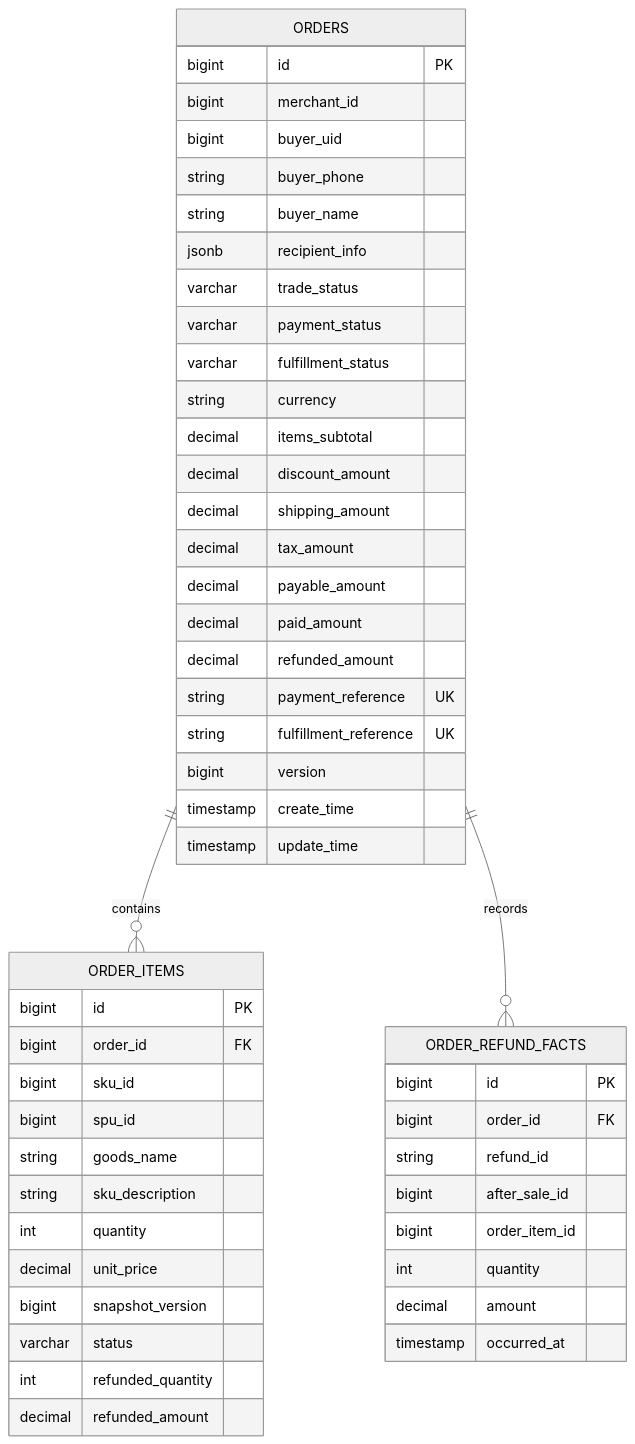
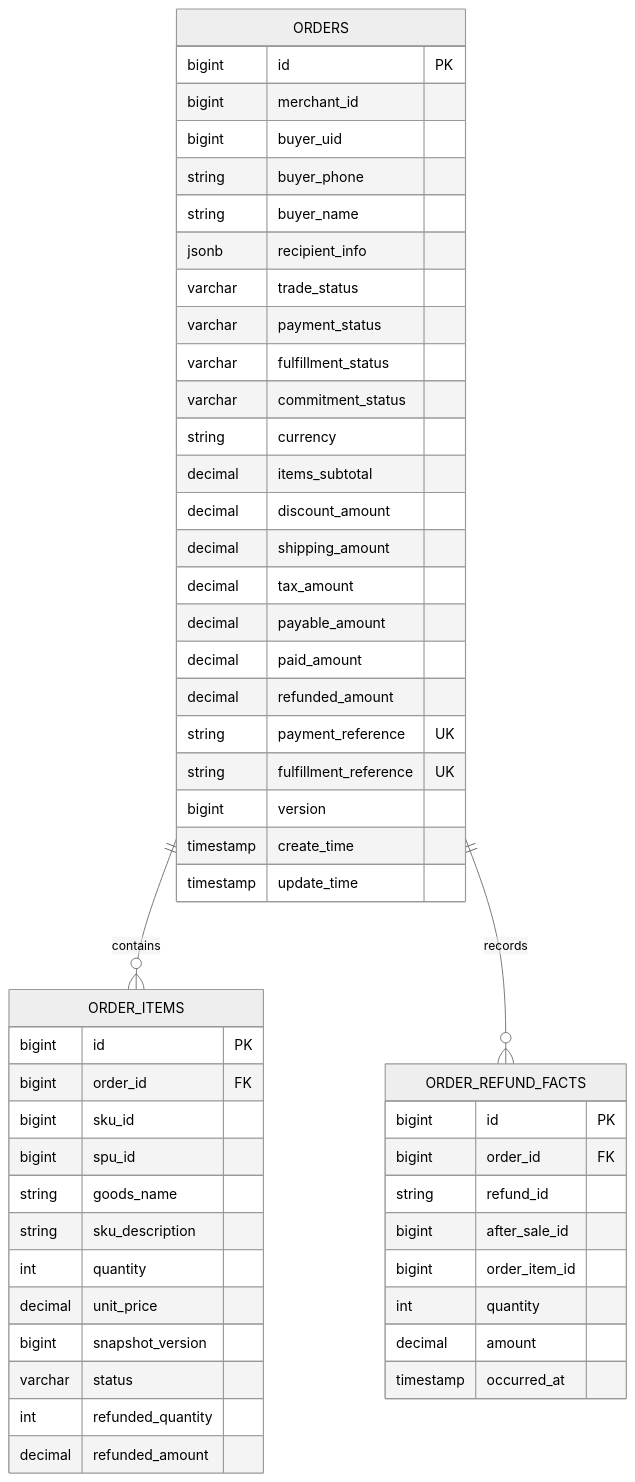
The seventh of 8 diagrams in .qoder/repowiki/en/content/Order Management Module/Order Management Module.md (ddd-mall/j-store), drawn with Mermaid (neutral theme) before and after one commit. The commit also changed other lines of this file and 334 other files, not shown here.

````diff
--- a/.qoder/repowiki/en/content/Order Management Module/Order Management Module.md
+++ b/.qoder/repowiki/en/content/Order Management Module/Order Management Module.md
@@ -296,53 +376,54 @@
 ```mermaid
 erDiagram
 ORDERS {
 bigint id PK
 bigint merchant_id
 bigint buyer_uid
 string buyer_phone
 string buyer_name
 jsonb recipient_info
 varchar trade_status
 varchar payment_status
 varchar fulfillment_status
+varchar commitment_status
 string currency
 decimal items_subtotal
 decimal discount_amount
 decimal shipping_amount
 decimal tax_amount
 decimal payable_amount
 decimal paid_amount
 decimal refunded_amount
 string payment_reference UK
 string fulfillment_reference UK
 bigint version
 timestamp create_time
 timestamp update_time
 }
 ORDER_ITEMS {
 bigint id PK
 bigint order_id FK
 bigint sku_id
 bigint spu_id
 string goods_name
 string sku_description
 int quantity
 decimal unit_price
 bigint snapshot_version
 varchar status
 int refunded_quantity
 decimal refunded_amount
 }
 ORDER_REFUND_FACTS {
 bigint id PK
 bigint order_id FK
 string refund_id
 bigint after_sale_id
 bigint order_item_id
 int quantity
 decimal amount
 timestamp occurred_at
 }
 ORDERS ||--o{ ORDER_ITEMS : "contains"
 ORDERS ||--o{ ORDER_REFUND_FACTS : "records"
 ```
````
